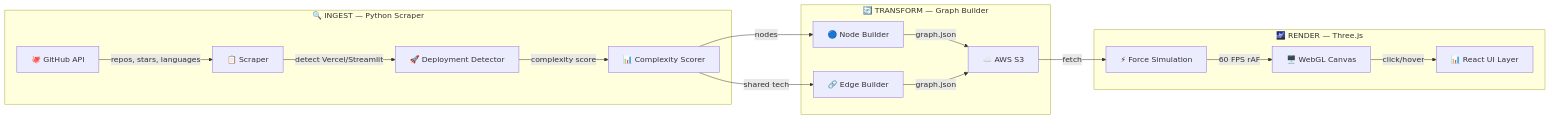
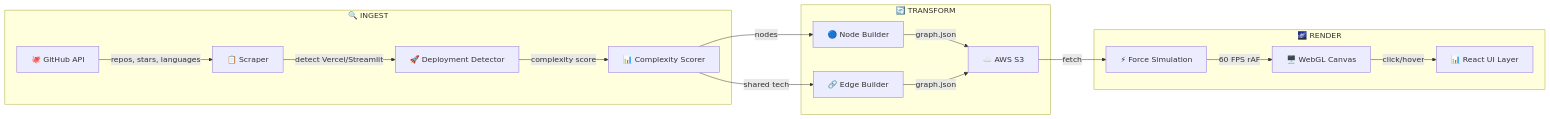
One commit to salonyranjan/neural-portfolio changed the second of 3 diagrams in README.md. Above: the diagram before and after it, drawn with Mermaid. The commit also changed other lines of this file, not shown here.

````diff
--- a/README.md
+++ b/README.md
@@ -254,20 +194,20 @@
 ```mermaid
 flowchart LR
-    subgraph Ingest ["🔍 INGEST — Python Scraper"]
+    subgraph Ingest ["🔍 INGEST"]
         GH[🐙 GitHub API] -->|repos, stars, languages| SC[📋 Scraper]
         SC -->|detect Vercel/Streamlit| DD[🚀 Deployment Detector]
         DD -->|complexity score| CS[📊 Complexity Scorer]
     end
 
-    subgraph Transform ["🔄 TRANSFORM — Graph Builder"]
+    subgraph Transform ["🔄 TRANSFORM"]
         CS -->|nodes| NB[🔵 Node Builder]
         CS -->|shared tech| EB[🔗 Edge Builder]
         NB & EB -->|graph.json| S3[☁️ AWS S3]
     end
 
-    subgraph Render ["🌌 RENDER — Three.js"]
+    subgraph Render ["🌌 RENDER"]
         S3 -->|fetch| FD[⚡ Force Simulation]
         FD -->|60 FPS rAF| WGL[🖥️ WebGL Canvas]
         WGL -->|click/hover| UI[📊 React UI Layer]
     end
 ```
````
